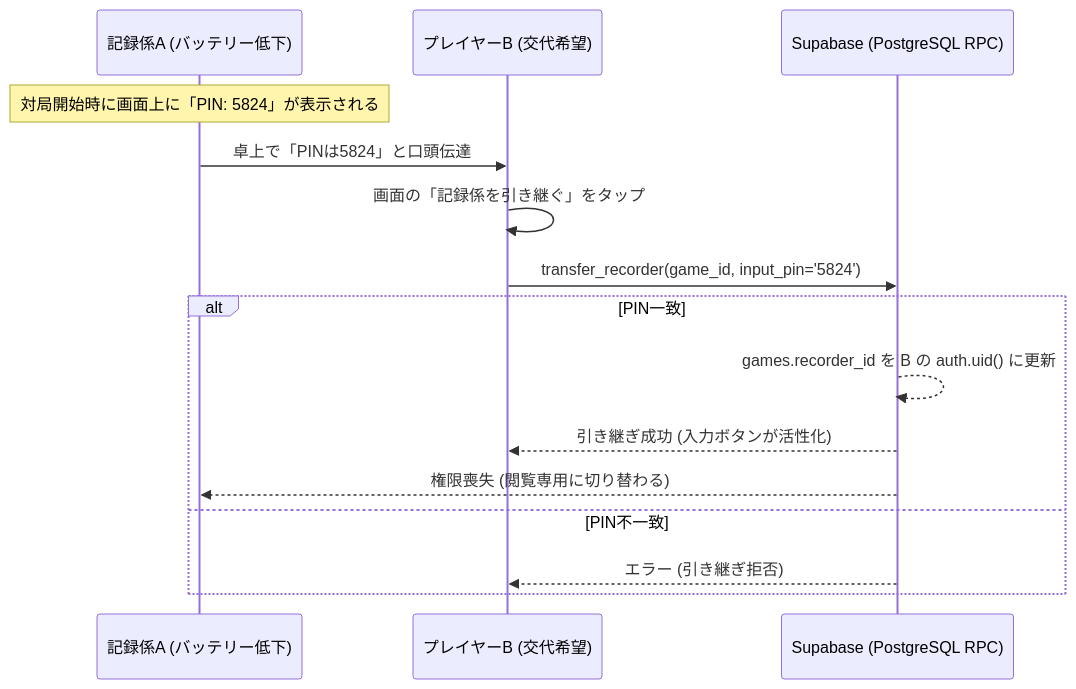
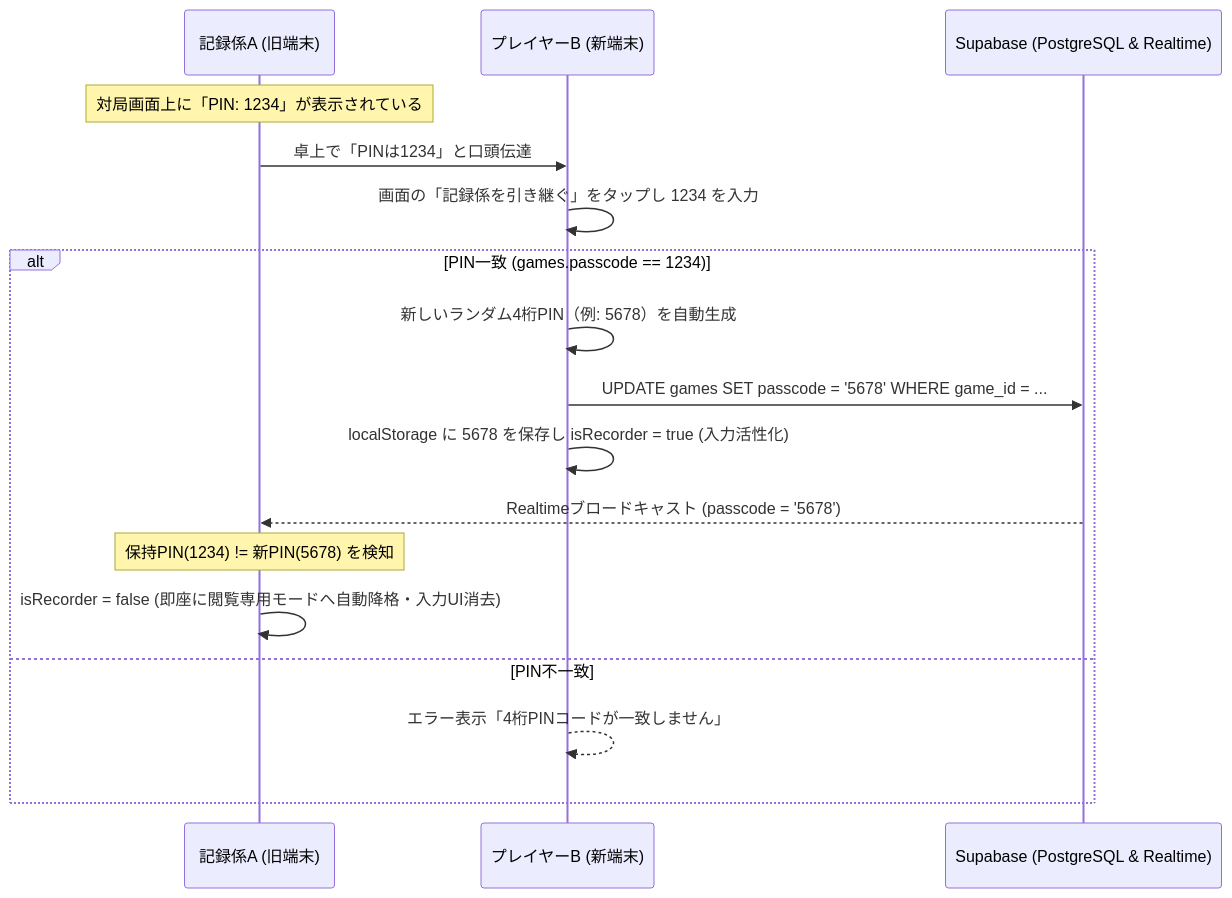
One commit to yd1sgc/mahjong_app changed the second of 2 diagrams in docs/DETAILED_DESIGN.md. Above: the diagram before and after it, drawn with Mermaid. The commit also changed other lines of this file and 1 other file, not shown here.

````diff
--- a/docs/DETAILED_DESIGN.md
+++ b/docs/DETAILED_DESIGN.md
@@ -105,18 +106,20 @@
 ```mermaid
 sequenceDiagram
-    participant A as 記録係A (バッテリー低下)
-    participant B as プレイヤーB (交代希望)
-    participant S as Supabase (PostgreSQL RPC)
+    participant A as 記録係A (旧端末)
+    participant B as プレイヤーB (新端末)
+    participant S as Supabase (PostgreSQL & Realtime)
 
-    Note over A: 対局開始時に画面上に「PIN: 5824」が表示される
-    A->>B: 卓上で「PINは5824」と口頭伝達
-    B->>B: 画面の「記録係を引き継ぐ」をタップ
-    B->>S: transfer_recorder(game_id, input_pin='5824')
-    alt PIN一致
-        S-->>S: games.recorder_id を B の auth.uid() に更新
-        S-->>B: 引き継ぎ成功 (入力ボタンが活性化)
-        S-->>A: 権限喪失 (閲覧専用に切り替わる)
+    Note over A: 対局画面上に「PIN: 1234」が表示されている
+    A->>B: 卓上で「PINは1234」と口頭伝達
+    B->>B: 画面の「記録係を引き継ぐ」をタップし 1234 を入力
+    alt PIN一致 (games.passcode == 1234)
+        B->>B: 新しいランダム4桁PIN（例: 5678）を自動生成
+        B->>S: UPDATE games SET passcode = '5678' WHERE game_id = ...
+        B->>B: localStorage に 5678 を保存し isRecorder = true (入力活性化)
+        S-->>A: Realtimeブロードキャスト (passcode = '5678')
+        Note over A: 保持PIN(1234) != 新PIN(5678) を検知
+        A->>A: isRecorder = false (即座に閲覧専用モードへ自動降格・入力UI消去)
     else PIN不一致
-        S-->>B: エラー (引き継ぎ拒否)
+        B-->>B: エラー表示「4桁PINコードが一致しません」
     end
 ```
````
